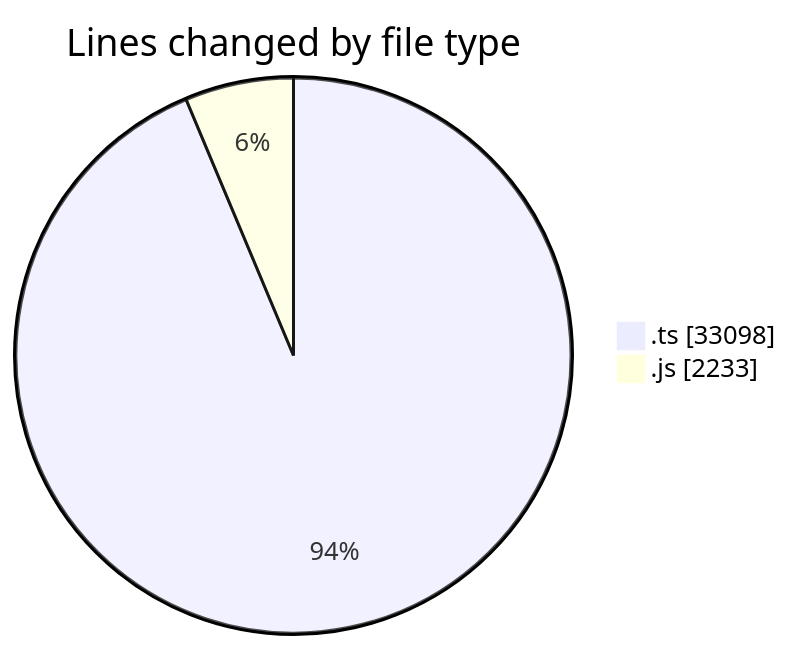
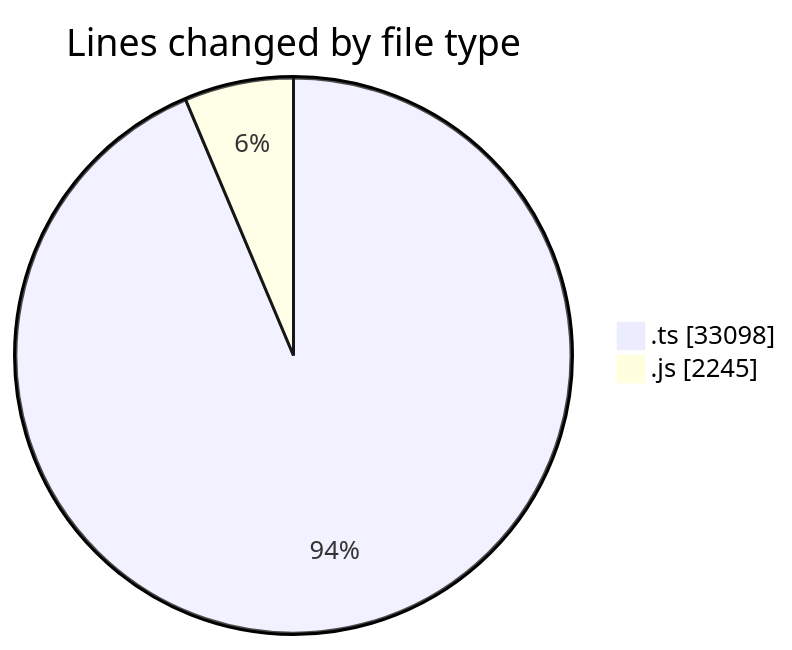
One commit to momahboobian/code-tracking changed the first of 2 diagrams in 2025-06-26/cda/README.md. Above: the diagram before and after it, drawn with Mermaid. The commit also changed other lines of this file and 1 other file, not shown here.

````diff
--- a/2025-06-26/cda/README.md
+++ b/2025-06-26/cda/README.md
@@ -35,6 +35,6 @@
 ```mermaid
 pie showData
 title Lines changed by file type
 ".ts" : 33098
-".js" : 2233
+".js" : 2245
 ```
````
